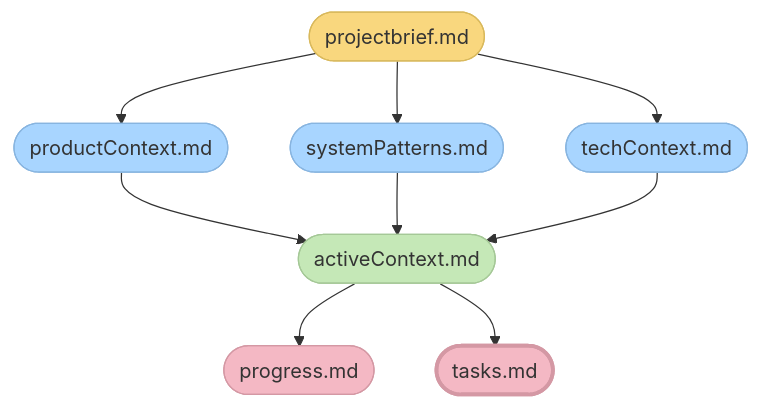
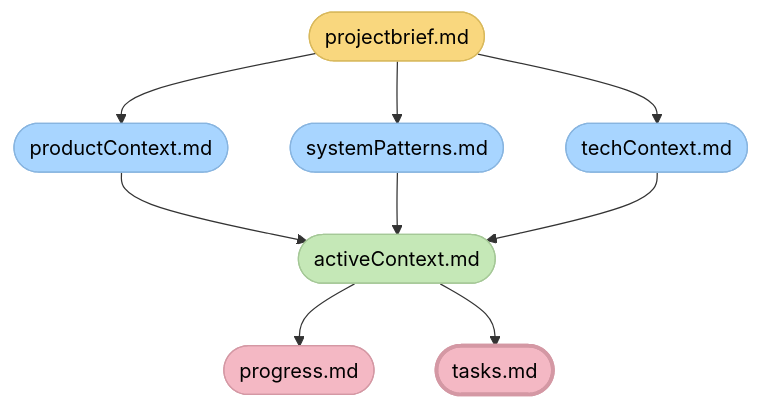
The second of 2 diagrams in custom_modes/van_instructions.md (ms-moar/cursor-tools), drawn with Mermaid before and after one commit. The commit also changed other lines of this file and 41 other files, not shown here.

````diff
--- a/custom_modes/van_instructions.md
+++ b/custom_modes/van_instructions.md
@@ -191,19 +167,19 @@
 ```mermaid
 flowchart TD
     PB([projectbrief.md]) --> PC([productContext.md])
     PB --> SP([systemPatterns.md])
     PB --> TC([techContext.md])
     
     PC & SP & TC --> AC([activeContext.md])
     
     AC --> P([progress.md])
     AC --> Tasks([tasks.md])
 
-    style PB fill:#f9d77e,stroke:#d9b95c
-    style PC fill:#a8d5ff,stroke:#88b5e0
-    style SP fill:#a8d5ff,stroke:#88b5e0
-    style TC fill:#a8d5ff,stroke:#88b5e0
-    style AC fill:#c5e8b7,stroke:#a5c897
-    style P fill:#f4b8c4,stroke:#d498a4
-    style Tasks fill:#f4b8c4,stroke:#d498a4,stroke-width:3px
+    style PB fill:#f9d77e,stroke:#d9b95c,color:black
+    style PC fill:#a8d5ff,stroke:#88b5e0,color:black
+    style SP fill:#a8d5ff,stroke:#88b5e0,color:black
+    style TC fill:#a8d5ff,stroke:#88b5e0,color:black
+    style AC fill:#c5e8b7,stroke:#a5c897,color:black
+    style P fill:#f4b8c4,stroke:#d498a4,color:black
+    style Tasks fill:#f4b8c4,stroke:#d498a4,stroke-width:3px,color:black
 ```
````
